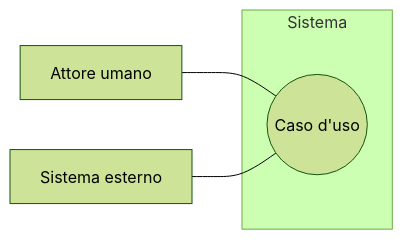
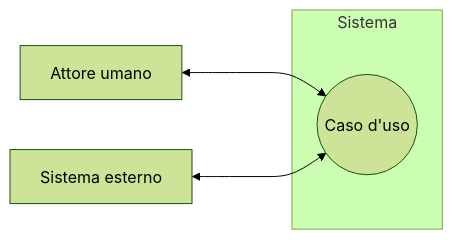
One commit to prof-davidaffo/didattica changed the third of 15 diagrams in content/Argomenti/Requisiti e documentazione/Requisiti e documentazione del software.md. Above: the diagram before and after it, drawn with Mermaid (forest theme). The commit also changed other lines of this file and 7 other files, not shown here.

````diff
--- a/content/Argomenti/Requisiti e documentazione/Requisiti e documentazione del software.md
+++ b/content/Argomenti/Requisiti e documentazione/Requisiti e documentazione del software.md
@@ -794,8 +830,8 @@
 ```mermaid
 flowchart LR
-    AH[Attore umano] --- UC((Caso d'uso))
-    SE[Sistema esterno] --- UC
+    AH[Attore umano] <---> UC((Caso d'uso))
+    SE[Sistema esterno] <---> UC
     subgraph S[Sistema]
         UC
     end
 ```
````
